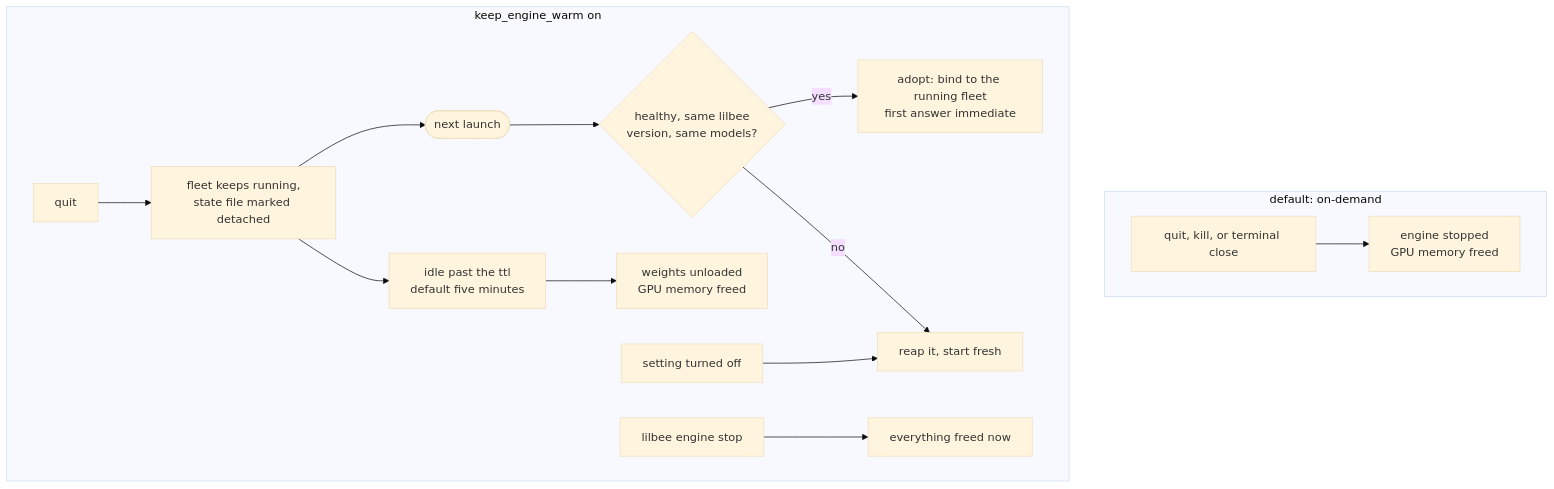
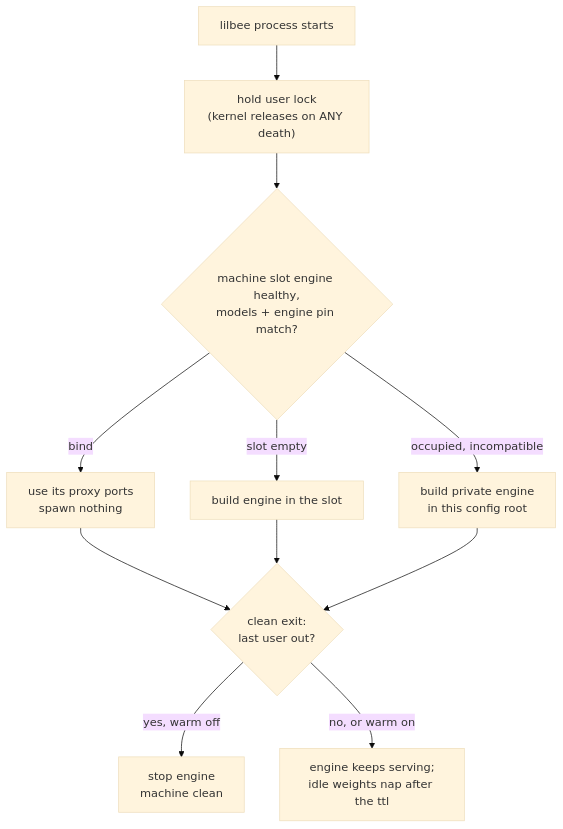
The eighth of 11 diagrams in docs/architecture.md (tobocop2/lilbee), drawn with Mermaid (base theme) before and after one commit. The commit also changed other lines of this file and 1 other file, not shown here.

First line of the commit message:
Document the shared engine in the architecture guide

````diff
--- a/docs/architecture.md
+++ b/docs/architecture.md
@@ -618,15 +646,13 @@
 ```mermaid
 flowchart TD
-    subgraph OFF ["default: on-demand"]
-        q1["quit, kill, or terminal close"] --> s1["engine stopped<br/>GPU memory freed"]
-    end
-    subgraph ON ["keep_engine_warm on"]
-        q2[quit] --> d["fleet keeps running,<br/>state file marked detached"]
-        d --> l2([next launch]) --> ok{"healthy, same lilbee<br/>version, same models?"}
-        ok -- yes --> a["adopt: bind to the running fleet<br/>first answer immediate"]
-        ok -- no --> r["reap it, start fresh"]
-        d --> i["idle past the ttl<br/>default five minutes"] --> u["weights unloaded<br/>GPU memory freed"]
-        t["setting turned off"] --> r
-        e["lilbee engine stop"] --> s2["everything freed now"]
-    end
+    S["lilbee process starts"] --> L["hold user lock<br/>(kernel releases on ANY death)"]
+    L --> Q{"machine slot engine healthy,<br/>models + engine pin match?"}
+    Q -- bind --> B["use its proxy ports<br/>spawn nothing"]
+    Q -- "slot empty" --> BU["build engine in the slot"]
+    Q -- "occupied, incompatible" --> PR["build private engine<br/>in this config root"]
+    B --> X{"clean exit:<br/>last user out?"}
+    BU --> X
+    PR --> X
+    X -- "yes, warm off" --> STOP["stop engine<br/>machine clean"]
+    X -- "no, or warm on" --> LEAVE["engine keeps serving;<br/>idle weights nap after the ttl"]
 ```
````
